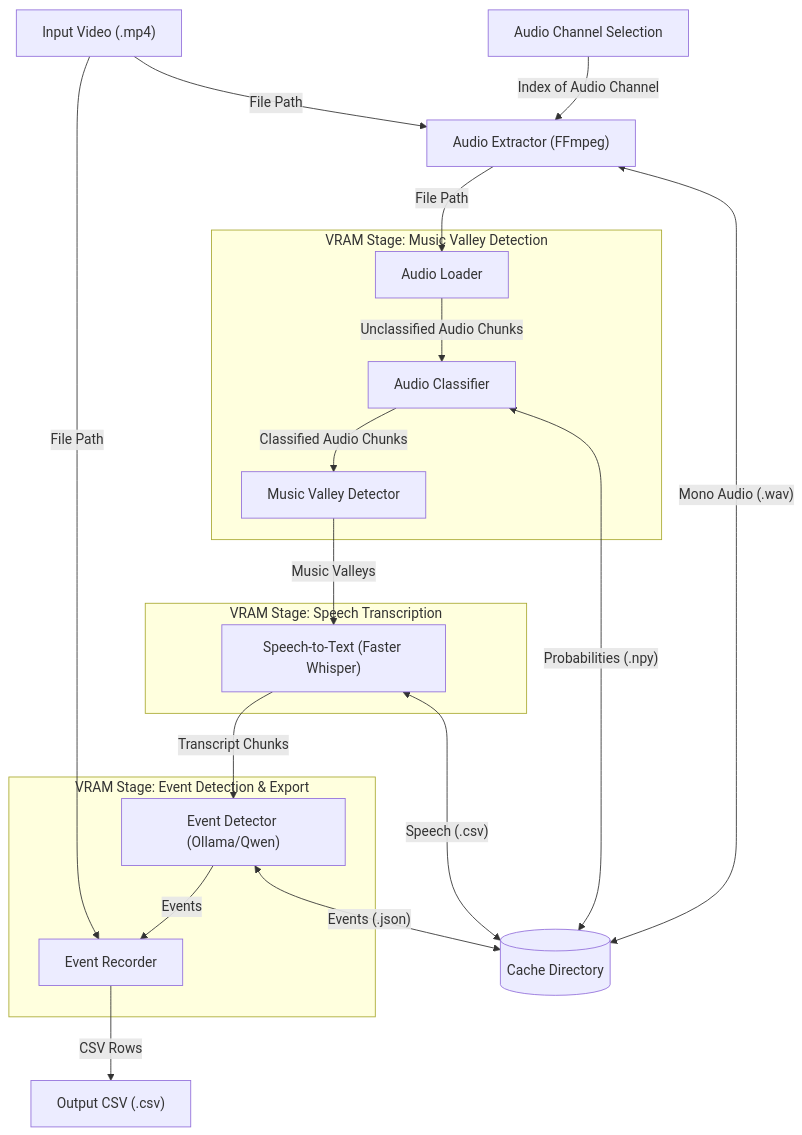
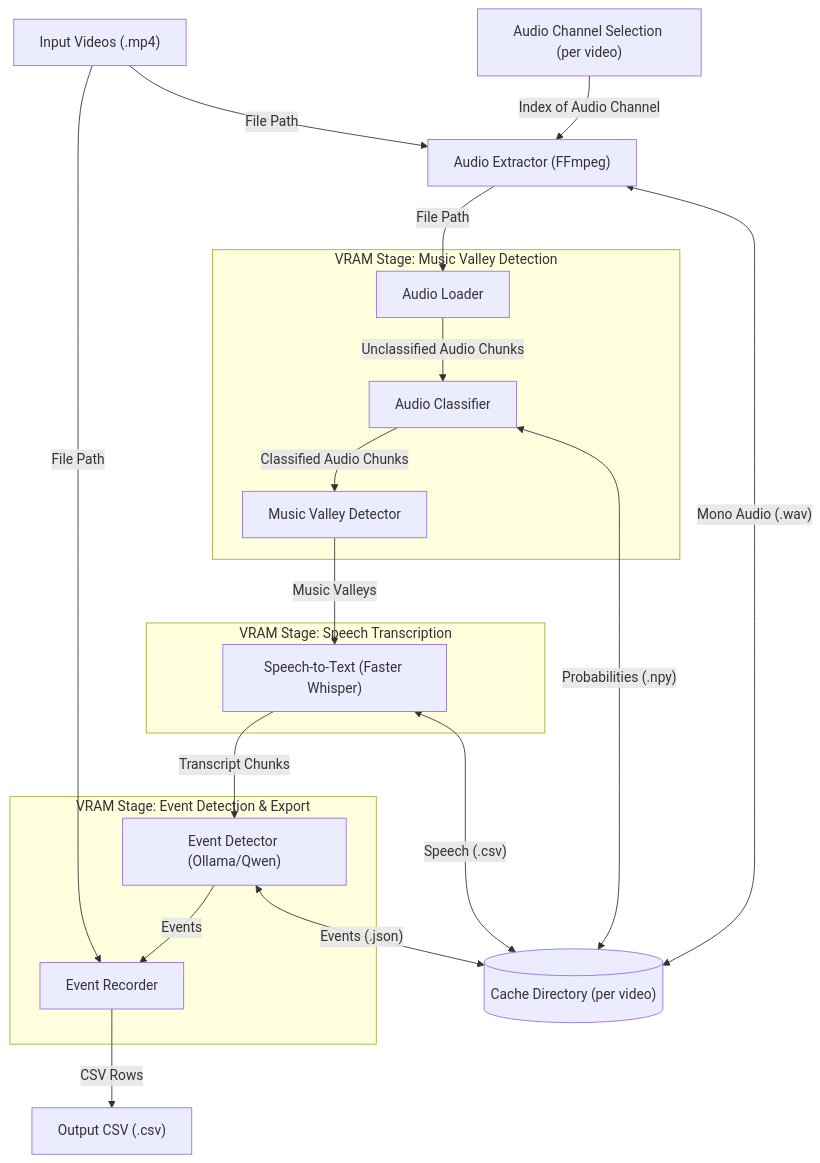
The diagram in README.md (BadgerBallroom/ballroom_scribe), drawn with Mermaid before and after one commit. The commit also changed other lines of this file and 7 other files, not shown here.

````diff
--- a/README.md
+++ b/README.md
@@ -11,39 +14,39 @@
 ```mermaid
 flowchart TD
-    InputVideo["Input Video (.mp4)"]
-    AudioChannel["Audio Channel Selection"]
+    InputVideo["Input Videos (.mp4)"]
+    AudioChannel["Audio Channel Selection (per video)"]
 
     ExtractAudio["Audio Extractor (FFmpeg)"]
 
     subgraph Stage1["VRAM Stage: Music Valley Detection"]
         AudioLoader["Audio Loader"]
         AudioClassifier["Audio Classifier"]
         MusicValleyDetector["Music Valley Detector"]
     end
 
     subgraph Stage2["VRAM Stage: Speech Transcription"]
         SpeechTranscriber["Speech-to-Text (Faster Whisper)"]
     end
 
     subgraph Stage3["VRAM Stage: Event Detection & Export"]
         EventDetector["Event Detector (Ollama/Qwen)"]
         EventRecorder["Event Recorder"]
     end
 
     InputVideo -->|"File Path"| ExtractAudio
     AudioChannel -->|"Index of Audio Channel"| ExtractAudio
     ExtractAudio -->|"File Path"| AudioLoader
     AudioLoader -->|"Unclassified Audio Chunks"| AudioClassifier
     AudioClassifier -->|"Classified Audio Chunks"| MusicValleyDetector
     MusicValleyDetector -->|"Music Valleys"| SpeechTranscriber
     SpeechTranscriber -->|"Transcript Chunks"| EventDetector
     InputVideo -->|"File Path"| EventRecorder
     EventDetector -->|"Events"| EventRecorder
     EventRecorder -->|"CSV Rows"| OutputCSV["Output CSV (.csv)"]
 
-    CacheDir[("Cache Directory")]
+    CacheDir[("Cache Directory (per video)")]
     SpeechTranscriber <-->|"Speech (.csv)"| CacheDir
     AudioClassifier <-->|"Probabilities (.npy)"| CacheDir
     ExtractAudio <-->|"Mono Audio (.wav)"| CacheDir
     EventDetector <-->|"Events (.json)"| CacheDir
 ```
````
